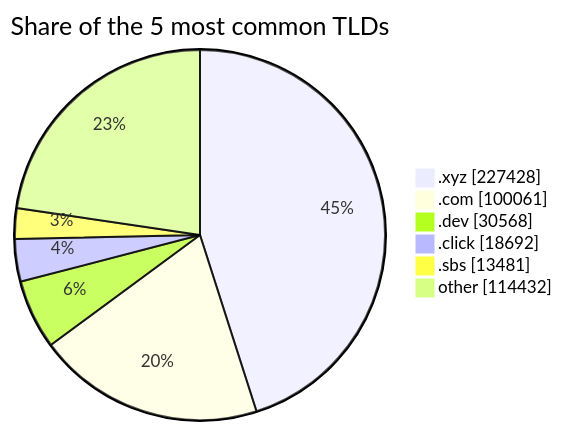
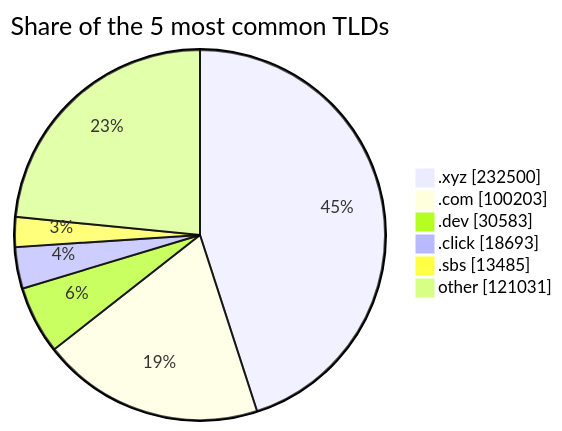
The third of 3 diagrams in README.md (DNSBunker/CTI), drawn with Mermaid before and after one commit. The commit also changed other lines of this file and 3 other files, not shown here.

````diff
--- a/README.md
+++ b/README.md
@@ -81,9 +81,9 @@
 ```mermaid
 pie showData title Share of the 5 most common TLDs
-    ".xyz" : 227428
-    ".com" : 100061
-    ".dev" : 30568
-    ".click" : 18692
-    ".sbs" : 13481
-    "other" : 114432
+    ".xyz" : 232500
+    ".com" : 100203
+    ".dev" : 30583
+    ".click" : 18693
+    ".sbs" : 13485
+    "other" : 121031
 ```
````
